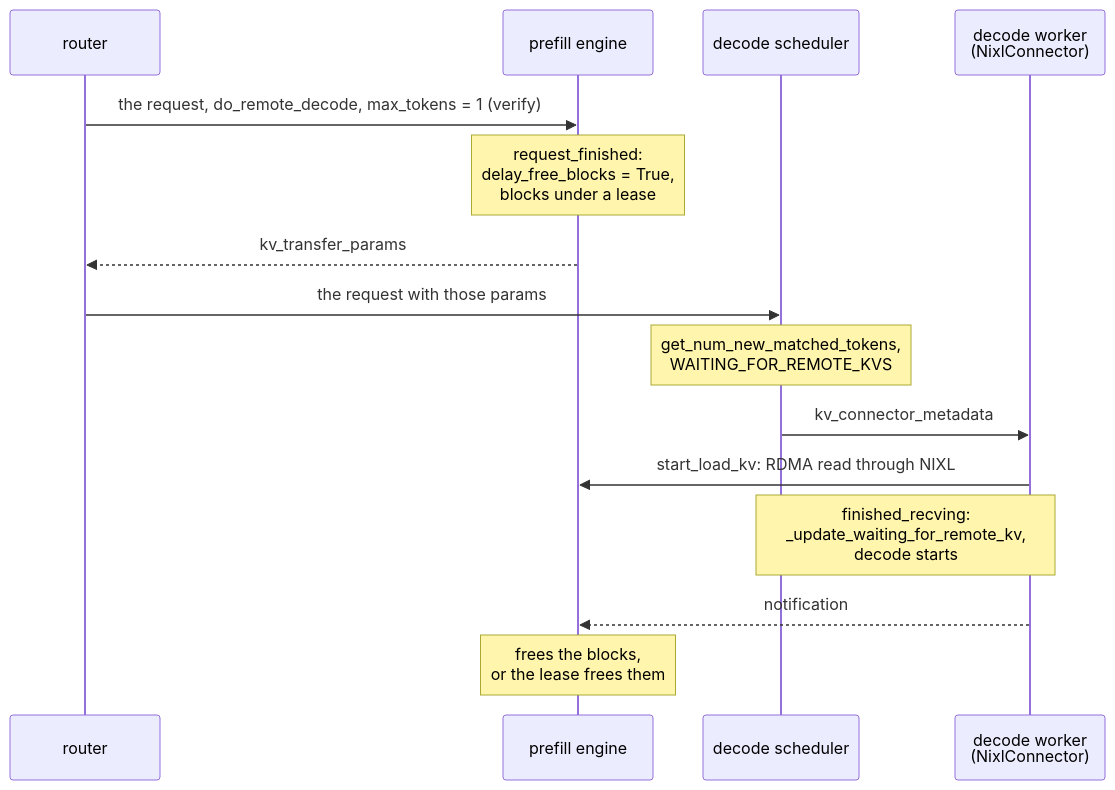
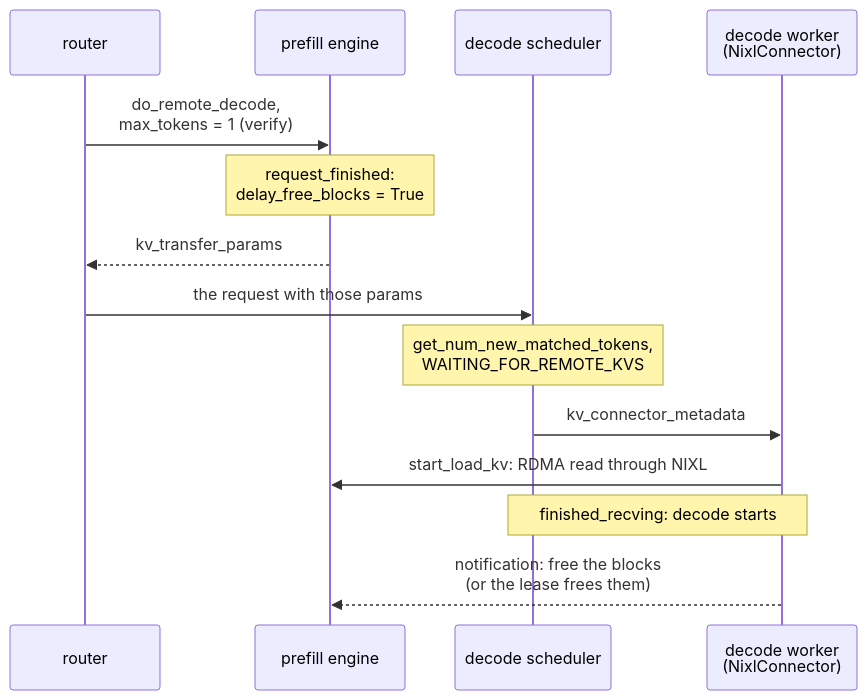
One commit to aniryou/full-stack-agentic-engineer changed the sixth of 7 diagrams in 04-inference-engine/vllm-internals/vllm-internals-primer.md. Above: the diagram before and after it, drawn with Mermaid. The commit also changed other lines of this file and 29 other files, not shown here.

First line of the commit message:
WIP snapshot: the figure round (charts, improvements, additions) in progress (2026-10-30T18:32:37Z); not validated [skip ci]

````diff
--- a/04-inference-engine/vllm-internals/vllm-internals-primer.md
+++ b/04-inference-engine/vllm-internals/vllm-internals-primer.md
@@ -1596,17 +1626,16 @@
 ```mermaid
 sequenceDiagram
     participant R as router
     participant P as prefill engine
     participant S as decode scheduler
     participant W as decode worker<br/>(NixlConnector)
-    R->>P: the request, do_remote_decode, max_tokens = 1 (verify)
-    Note over P: request_finished:<br/>delay_free_blocks = True,<br/>blocks under a lease
+    R->>P: do_remote_decode,<br/>max_tokens = 1 (verify)
+    Note over P: request_finished:<br/>delay_free_blocks = True
     P-->>R: kv_transfer_params
     R->>S: the request with those params
     Note over S: get_num_new_matched_tokens,<br/>WAITING_FOR_REMOTE_KVS
     S->>W: kv_connector_metadata
     W->>P: start_load_kv: RDMA read through NIXL
-    Note over S,W: finished_recving:<br/>_update_waiting_for_remote_kv,<br/>decode starts
-    W-->>P: notification
-    Note over P: frees the blocks,<br/>or the lease frees them
+    Note over S,W: finished_recving: decode starts
+    W-->>P: notification: free the blocks<br/>(or the lease frees them)
 ```
````
